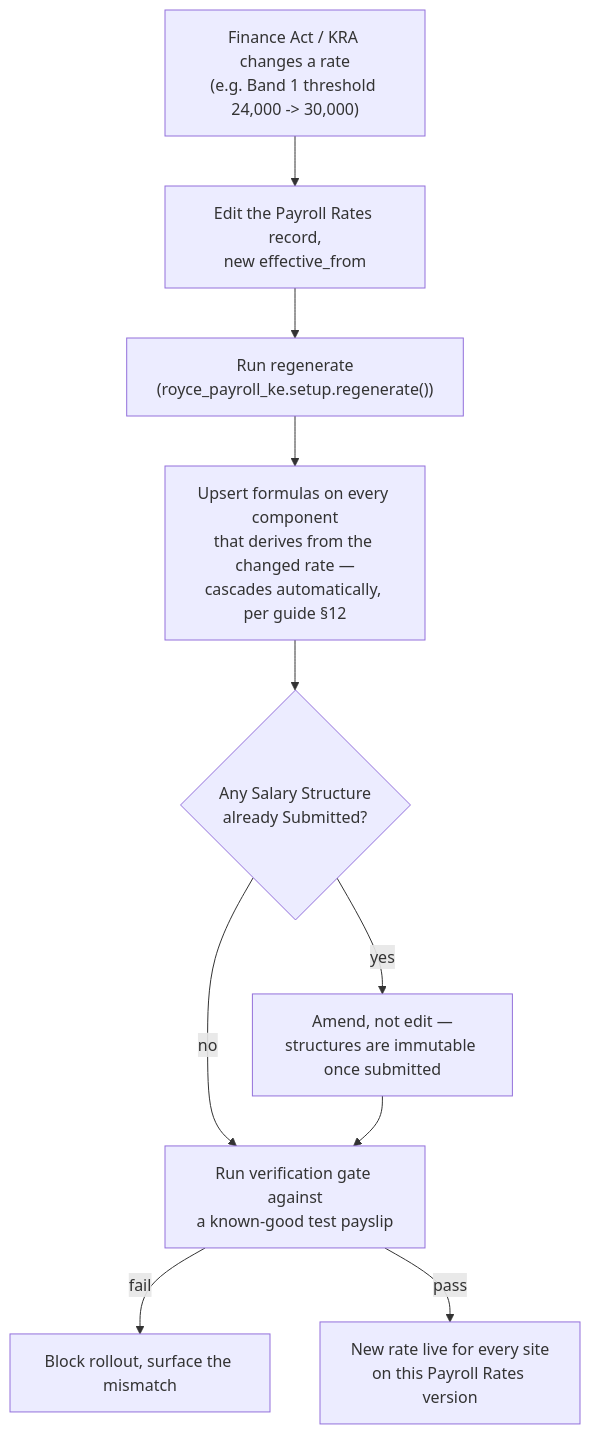
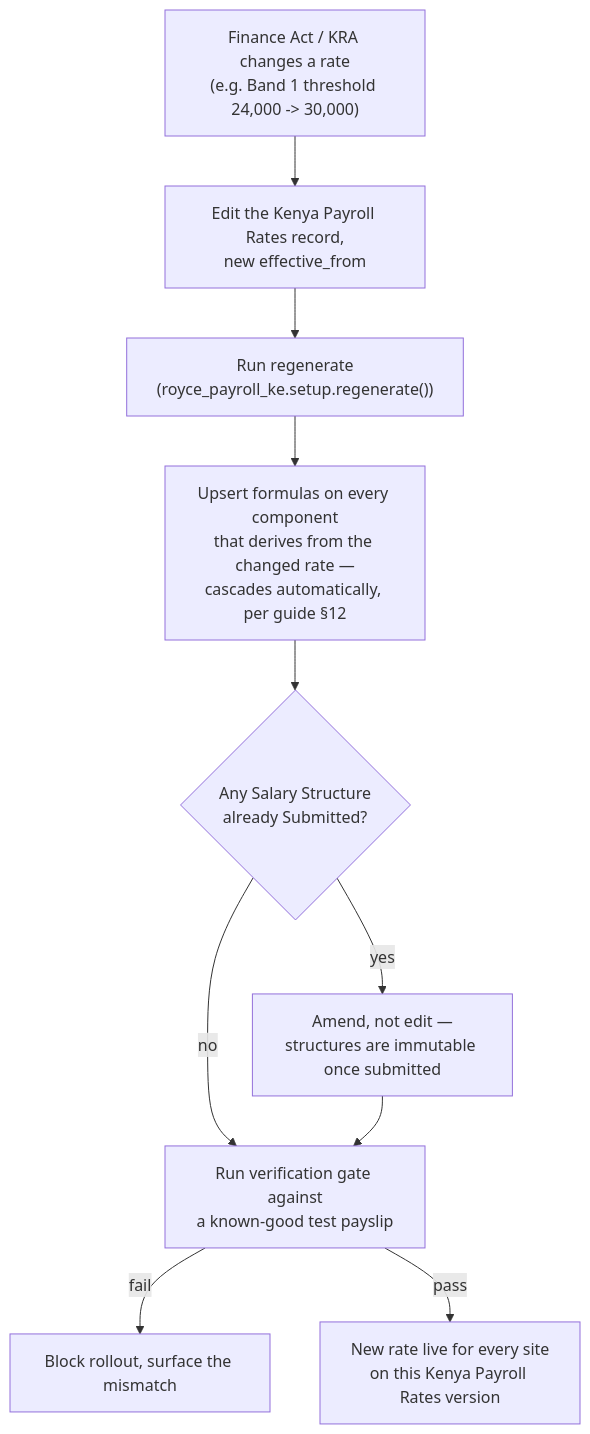
The fourth of 4 diagrams in docs/architecture.md (royceltd/en_royce_payroll_ke), drawn with Mermaid before and after one commit. The commit also changed other lines of this file and 84 other files, not shown here.

First line of the commit message:
Customer-facing names: Kenya Payroll (ADR-021)

````diff
--- a/docs/architecture.md
+++ b/docs/architecture.md
@@ -503,12 +503,12 @@
 ```mermaid
 flowchart TD
-    A["Finance Act / KRA changes a rate\n(e.g. Band 1 threshold 24,000 -> 30,000)"] --> B["Edit the Payroll Rates record,\nnew effective_from"]
+    A["Finance Act / KRA changes a rate\n(e.g. Band 1 threshold 24,000 -> 30,000)"] --> B["Edit the Kenya Payroll Rates record,\nnew effective_from"]
     B --> C["Run regenerate\n(royce_payroll_ke.setup.regenerate())"]
     C --> D["Upsert formulas on every component\nthat derives from the changed rate —\ncascades automatically, per guide §12"]
     D --> E{"Any Salary Structure\nalready Submitted?"}
     E -- yes --> F["Amend, not edit —\nstructures are immutable once submitted"]
     E -- no --> G
     F --> G["Run verification gate against\na known-good test payslip"]
     G -- fail --> H["Block rollout, surface the mismatch"]
-    G -- pass --> I["New rate live for every site\non this Payroll Rates version"]
+    G -- pass --> I["New rate live for every site\non this Kenya Payroll Rates version"]
 ```
````
